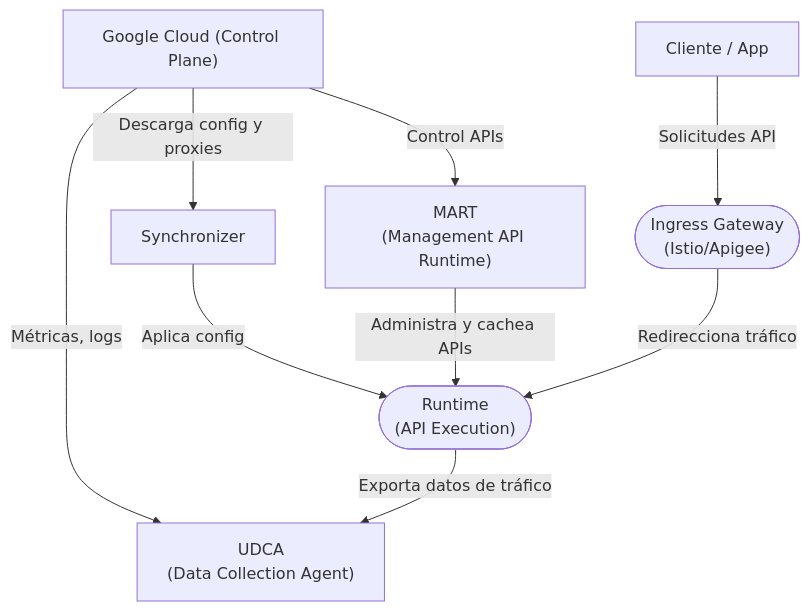
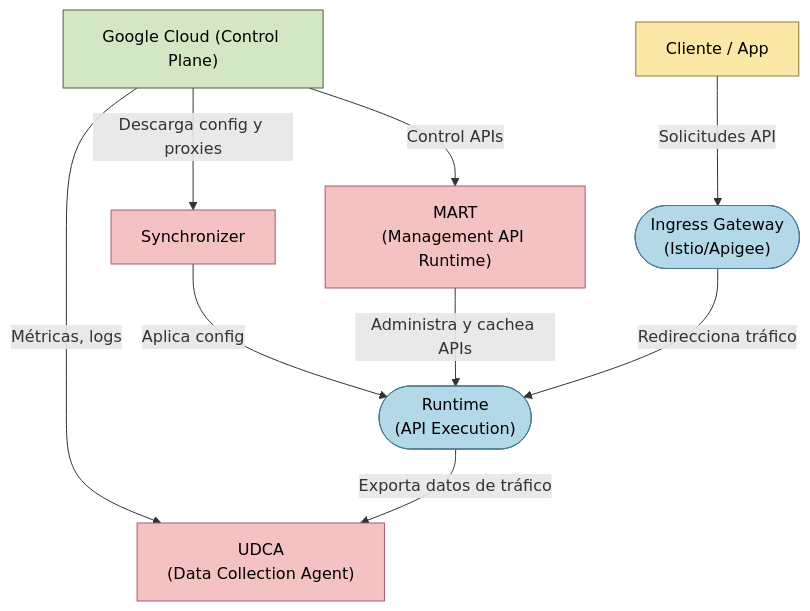
Before and after one commit to jlbisconti2026/jorsat: the diagram in Openshift/apigee-hybrid/docs/arquitectura-apigee-hybrid.md, drawn with Mermaid.

````diff
--- a/Openshift/apigee-hybrid/docs/arquitectura-apigee-hybrid.md
+++ b/Openshift/apigee-hybrid/docs/arquitectura-apigee-hybrid.md
@@ -49,27 +49,33 @@
 ```mermaid
 flowchart TD
+    %% Estilos de colores
+    classDef verde fill:#d4e7c5,stroke:#4b6043,color:#000000;
+    classDef rosa fill:#f4c2c2,stroke:#a85a6e,color:#000000;
+    classDef azul fill:#b3d8e8,stroke:#4a7a96,color:#000000;
+    classDef amarillo fill:#fce8a6,stroke:#8c7b3e,color:#000000;
+
     %% Nodos principales
-    GCP["Google Cloud (Control Plane)"]
-    CLIENT["Cliente / App"]
-    SYNC["Synchronizer"]
-    MART["MART\n(Management API Runtime)"]
-    INGRESS(["Ingress Gateway\n(Istio/Apigee)"])
-    RUNTIME(["Runtime\n(API Execution)"])
-    UDCA["UDCA\n(Data Collection Agent)"]
+    GCP["Google Cloud (Control Plane)"]:::verde
+    CLIENT["Cliente / App"]:::amarillo
+    SYNC["Synchronizer"]:::rosa
+    MART["MART<br>(Management API Runtime)"]:::rosa
+    INGRESS(["Ingress Gateway<br>(Istio/Apigee)"]):::azul
+    RUNTIME(["Runtime<br>(API Execution)"]):::azul
+    UDCA["UDCA<br>(Data Collection Agent)"]:::rosa
 
     %% Conexiones desde Google Cloud
     GCP -->|"Descarga config y proxies"| SYNC
     GCP -->|"Control APIs"| MART
     GCP -->|"Métricas, logs"| UDCA
 
     %% Conexiones del Cliente
     CLIENT -->|"Solicitudes API"| INGRESS
 
     %% Conexiones hacia el Runtime
     SYNC -->|"Aplica config"| RUNTIME
     MART -->|"Administra y cachea APIs"| RUNTIME
     INGRESS -->|"Redirecciona tráfico"| RUNTIME
 
     %% Conexión del Runtime a UDCA
     RUNTIME -->|"Exporta datos de tráfico"| UDCA
 ```
````
